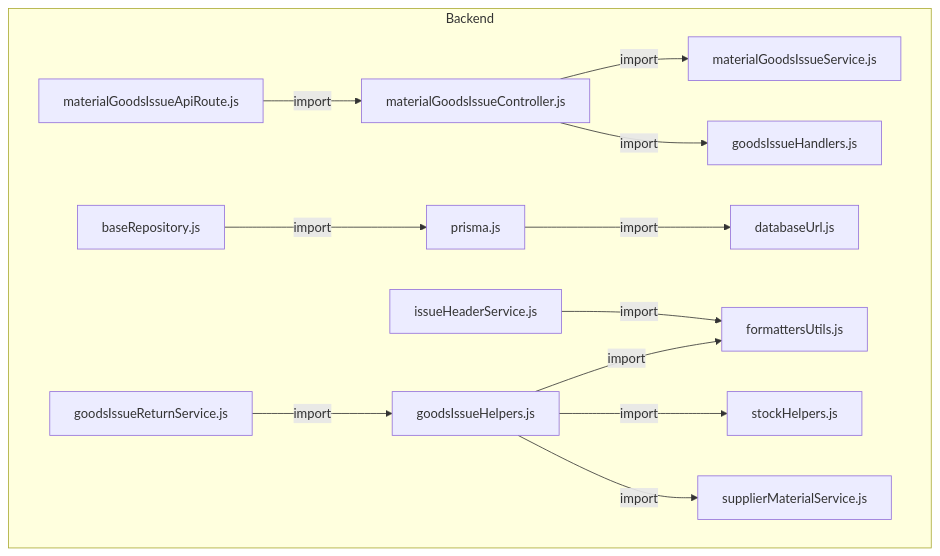
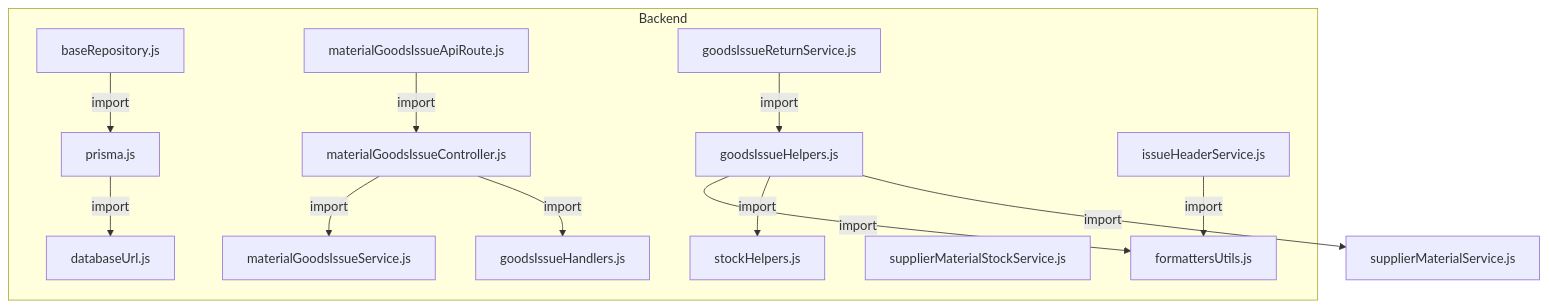
Before and after one commit to gpgsistemas01/nexus: the first of 6 diagrams in docs/architecture/views/processes/backend-code-sequences/issues/cu-sal-06.md, drawn with Mermaid. The commit also changed other lines of this file and 122 other files, not shown here.

````diff
--- a/docs/architecture/views/processes/backend-code-sequences/issues/cu-sal-06.md
+++ b/docs/architecture/views/processes/backend-code-sequences/issues/cu-sal-06.md
@@ -52,28 +54,29 @@
 ```mermaid
 flowchart TB
+    SupplierMaterial["supplierMaterialService.js"]
     subgraph Component0["Backend"]
         FileMaterialGoodsIssueController["materialGoodsIssueController.js"]
         Controller["goodsIssueHandlers.js"]
         FileDatabaseUrl["databaseUrl.js"]
         FilePrisma["prisma.js"]
         FileBaseRepository["baseRepository.js"]
         Route["materialGoodsIssueApiRoute.js"]
         StockChecks["stockHelpers.js"]
         Core["goodsIssueReturnService.js"]
         Helpers["goodsIssueHelpers.js"]
         Facade["materialGoodsIssueService.js"]
         Header["issueHeaderService.js"]
-        SupplierMaterial["supplierMaterialService.js"]
+        StockBalance["supplierMaterialStockService.js"]
         Formatter["formattersUtils.js"]
     end
     FileMaterialGoodsIssueController -->|import| Facade
     FileMaterialGoodsIssueController -->|import| Controller
     FilePrisma -->|import| FileDatabaseUrl
     FileBaseRepository -->|import| FilePrisma
     Route -->|import| FileMaterialGoodsIssueController
     Core -->|import| Helpers
     Helpers -->|import| Formatter
     Helpers -->|import| StockChecks
     Helpers -->|import| SupplierMaterial
     Header -->|import| Formatter
 ```
````
